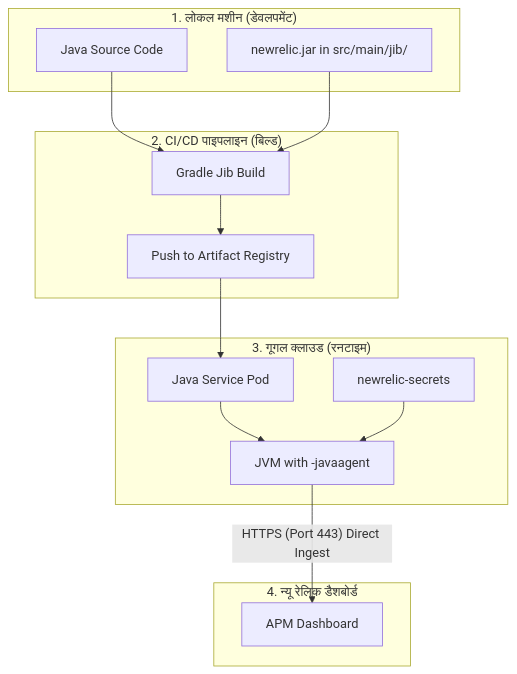
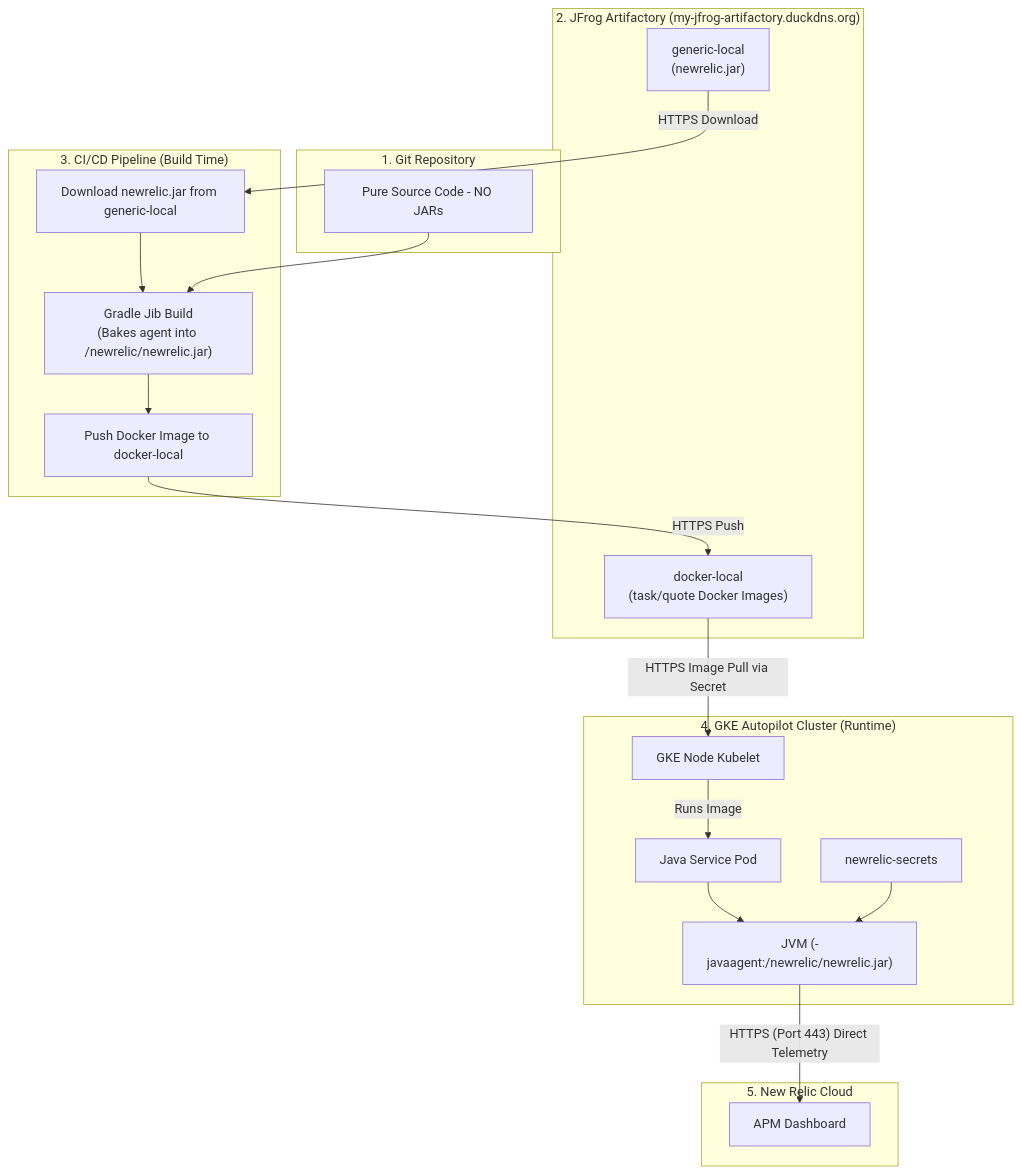
The diagram in docs/newrelic_setup_guide.md (amitpandey1992/java-gke-cicd), drawn with Mermaid before and after one commit. The commit also changed other lines of this file, not shown here.

Commit message:
docs: update New Relic setup guide with Artifactory generic-local architecture (local commit only)

````diff
--- a/docs/newrelic_setup_guide.md
+++ b/docs/newrelic_setup_guide.md
@@ -35,29 +43,39 @@
 ```mermaid
 flowchart TD
-    subgraph Local Machine ["1. लोकल मशीन (डेवलपमेंट)"]
-        code[Java Source Code]
-        jar[newrelic.jar in src/main/jib/]
+    subgraph GitRepo ["1. Git Repository"]
+        code[Pure Source Code - NO JARs]
     end
 
-    subgraph GitHub Actions ["2. CI/CD पाइपलाइन (बिल्ड)"]
-        build[Gradle Jib Build]
-        push[Push to Artifact Registry]
-        code --> build
-        jar --> build
-        build --> push
+    subgraph JFrogArtifactory ["2. JFrog Artifactory (my-jfrog-artifactory.duckdns.org)"]
+        generic_repo["generic-local\n(newrelic.jar)"]
+        docker_repo["docker-local\n(task/quote Docker Images)"]
     end
 
-    subgraph GKE Autopilot ["3. गूगल क्लाउड (रनटाइम)"]
-        pod[Java Service Pod]
-        jvm[JVM with -javaagent]
-        secret[newrelic-secrets]
-        push --> pod
+    subgraph GitHubActions ["3. CI/CD Pipeline (Build Time)"]
+        fetch["Download newrelic.jar from generic-local"]
+        jib["Gradle Jib Build\n(Bakes agent into /newrelic/newrelic.jar)"]
+        push["Push Docker Image to docker-local"]
+        fetch --> jib
+        code --> jib
+        jib --> push
+    end
+
+    subgraph GKEAutopilot ["4. GKE Autopilot Cluster (Runtime)"]
+        kubelet["GKE Node Kubelet"]
+        pod["Java Service Pod"]
+        jvm["JVM (-javaagent:/newrelic/newrelic.jar)"]
+        secret["newrelic-secrets"]
+        kubelet -->|Runs Image| pod
         pod --> jvm
         secret --> jvm
     end
 
-    subgraph New Relic Cloud ["4. न्यू रेलिक डैशबोर्ड"]
+    subgraph NewRelicCloud ["5. New Relic Cloud"]
         nr[APM Dashboard]
-        jvm -- "HTTPS (Port 443) Direct Ingest" --> nr
     end
+
+    generic_repo -->|HTTPS Download| fetch
+    push -->|HTTPS Push| docker_repo
+    docker_repo -->|HTTPS Image Pull via Secret| kubelet
+    jvm -- "HTTPS (Port 443) Direct Telemetry" --> nr
 ```
````
